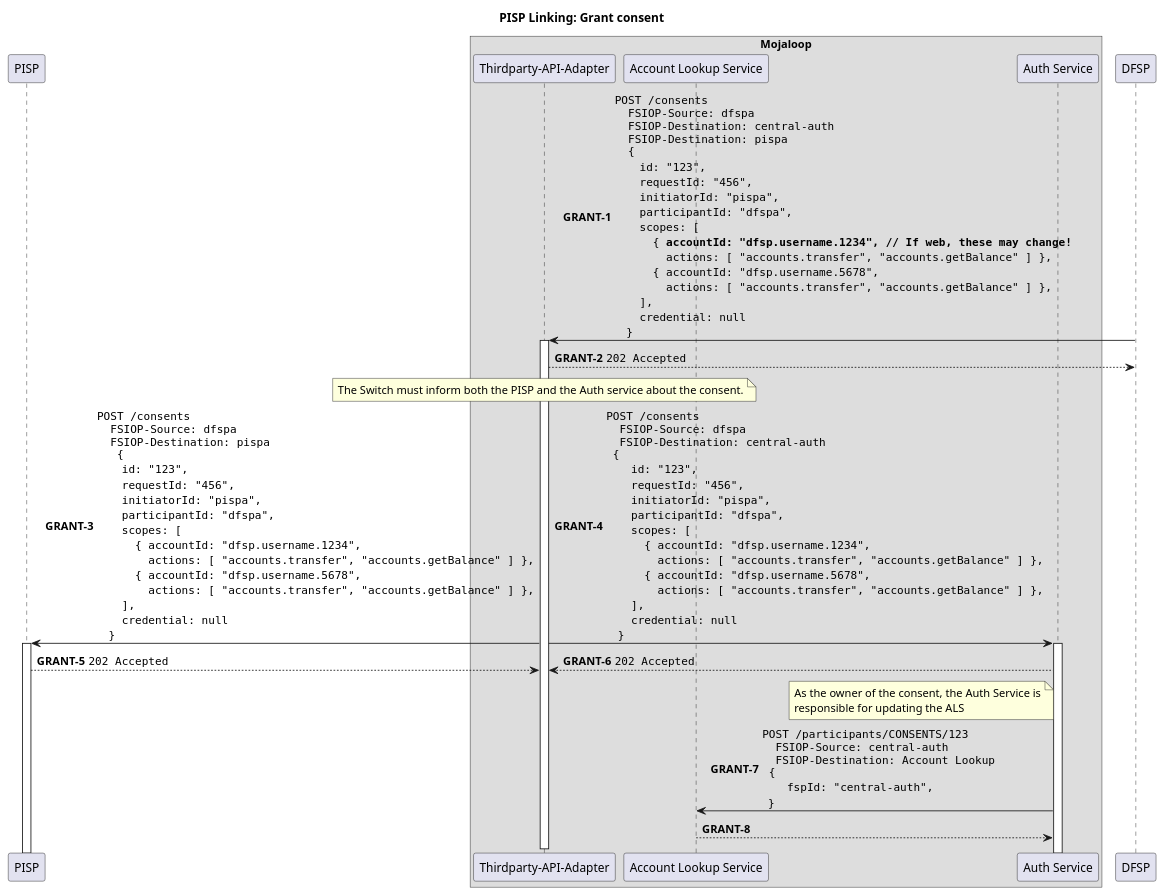
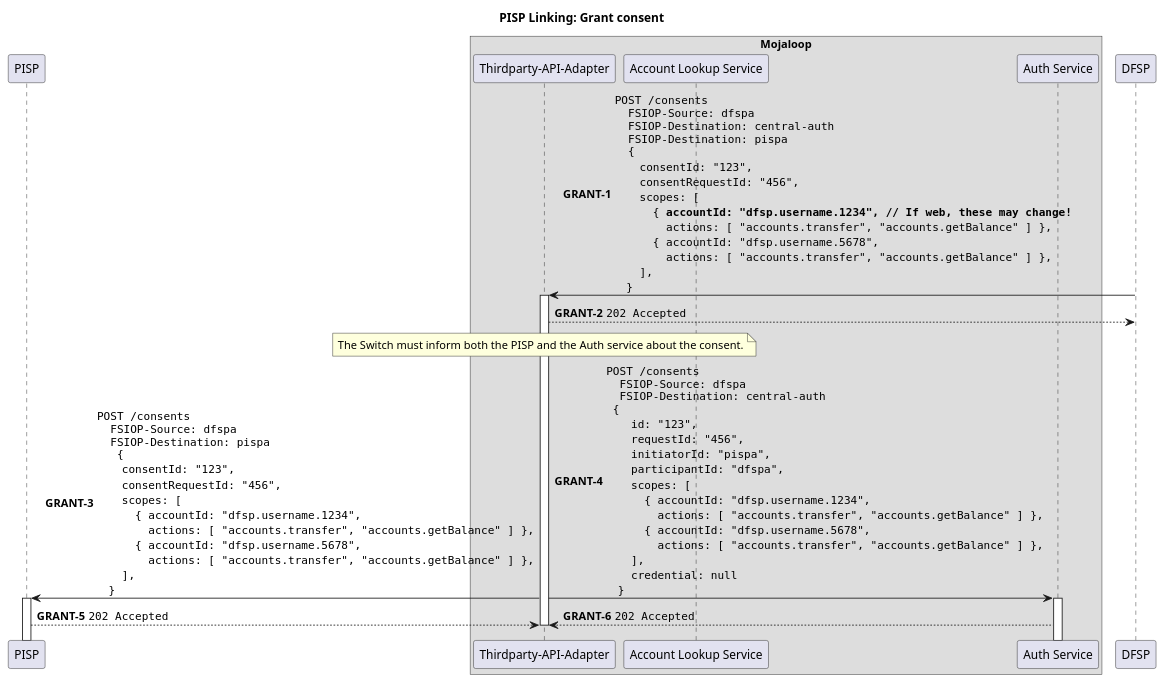
The diagram in docs/linking/4-grant-consent.puml (mojaloop/pisp-project), drawn with PlantUML before and after one commit. The commit also changed 77 other files, not shown here.

```diff
--- a/docs/linking/4-grant-consent.puml
+++ b/docs/linking/4-grant-consent.puml
@@ -1,95 +1,91 @@
 @startuml
 
 !pragma teoz true
 
 title PISP Linking: Grant consent
 
 participant "PISP" as PISP
 
 box "Mojaloop"
     participant "Thirdparty-API-Adapter" as Switch
     participant "Account Lookup Service" as ALS
     participant "Auth Service" as Auth
 end box
 
 participant "DFSP" as DFSP
 
 autonumber 1 "<b>GRANT-#</b>"
 
 DFSP -> Switch ++: ""POST /consents""\n\
 ""  FSIOP-Source: dfspa""\n\
 ""  FSIOP-Destination: central-auth""\n\
 ""  FSIOP-Destination: pispa""\n\
 ""  {""\n\
-    ""  id: "123",""\n\
-    ""  requestId: "456",""\n\
-    ""  initiatorId: "pispa",""\n\
-    ""  participantId: "dfspa",""\n\
+    ""  consentId: "123",""\n\
+    ""  consentRequestId: "456",""\n\
     ""  scopes: [ ""\n\
     ""    { **accountId: "dfsp.username.1234", // If web, these may change!**""\n\
     ""      actions: [ "accounts.transfer", "accounts.getBalance" ] },""\n\
     ""    { accountId: "dfsp.username.5678",""\n\
     ""      actions: [ "accounts.transfer", "accounts.getBalance" ] },""\n\
     ""  ],""\n\
-    ""  credential: null""\n\
     ""}""
 Switch --> DFSP: ""202 Accepted""
 deactivate DFSP
 
 note over Switch
   The Switch must inform both the PISP and the Auth service about the consent.
 end note
 
 Switch -> PISP ++: ""POST /consents""\n\
 ""  FSIOP-Source: dfspa""\n\
 ""  FSIOP-Destination: pispa""\n\
 ""   {""\n\
-    ""  id: "123",""\n\
-    ""  requestId: "456",""\n\
-    ""  initiatorId: "pispa",""\n\
-    ""  participantId: "dfspa",""\n\
+    ""  consentId: "123",""\n\
+    ""  consentRequestId: "456",""\n\
     ""  scopes: [ ""\n\
     ""    { accountId: "dfsp.username.1234",""\n\
     ""      actions: [ "accounts.transfer", "accounts.getBalance" ] },""\n\
     ""    { accountId: "dfsp.username.5678",""\n\
     ""      actions: [ "accounts.transfer", "accounts.getBalance" ] },""\n\
     ""  ],""\n\
-    ""  credential: null""\n\
     ""}""
 & Switch -> Auth ++: ""POST /consents""\n\
 ""  FSIOP-Source: dfspa""\n\
 ""  FSIOP-Destination: central-auth""\n\
 "" {""\n\
     ""  id: "123",""\n\
     ""  requestId: "456",""\n\
     ""  initiatorId: "pispa",""\n\
     ""  participantId: "dfspa",""\n\
     ""  scopes: [ ""\n\
     ""    { accountId: "dfsp.username.1234",""\n\
     ""      actions: [ "accounts.transfer", "accounts.getBalance" ] },""\n\
     ""    { accountId: "dfsp.username.5678",""\n\
     ""      actions: [ "accounts.transfer", "accounts.getBalance" ] },""\n\
     ""  ],""\n\
     ""  credential: null""\n\
     ""}""
 
 PISP --> Switch: ""202 Accepted""
 & Auth --> Switch: ""202 Accepted""
 
-note left of Auth
-  As the owner of the consent, the Auth Service is
-  responsible for updating the ALS
-end note
+' TODO: move this to the DFSP somwehere
+' also, we should be registering the party or something
+' note left of Auth
+'   As the owner of the consent, the Auth Service is
+'   responsible for updating the ALS
+' end note
 
-Auth -> ALS: ""POST /participants/CONSENTS/123""\n\
-""  FSIOP-Source: central-auth""\n\
-""  FSIOP-Destination: Account Lookup""\n\
-"" {""\n\
-    ""  fspId: "central-auth",""\n\
-  ""}""
+' Auth -> ALS: ""POST /participants/CONSENTS/123""\n\
+' ""  FSIOP-Source: central-auth""\n\
+' ""  FSIOP-Destination: Account Lookup""\n\
+' "" {""\n\
+'     ""  fspId: "central-auth",""\n\
+'   ""}""
 
-ALS --> Auth:
+' ALS --> Auth:
 
 deactivate Switch
 
 @enduml
```
